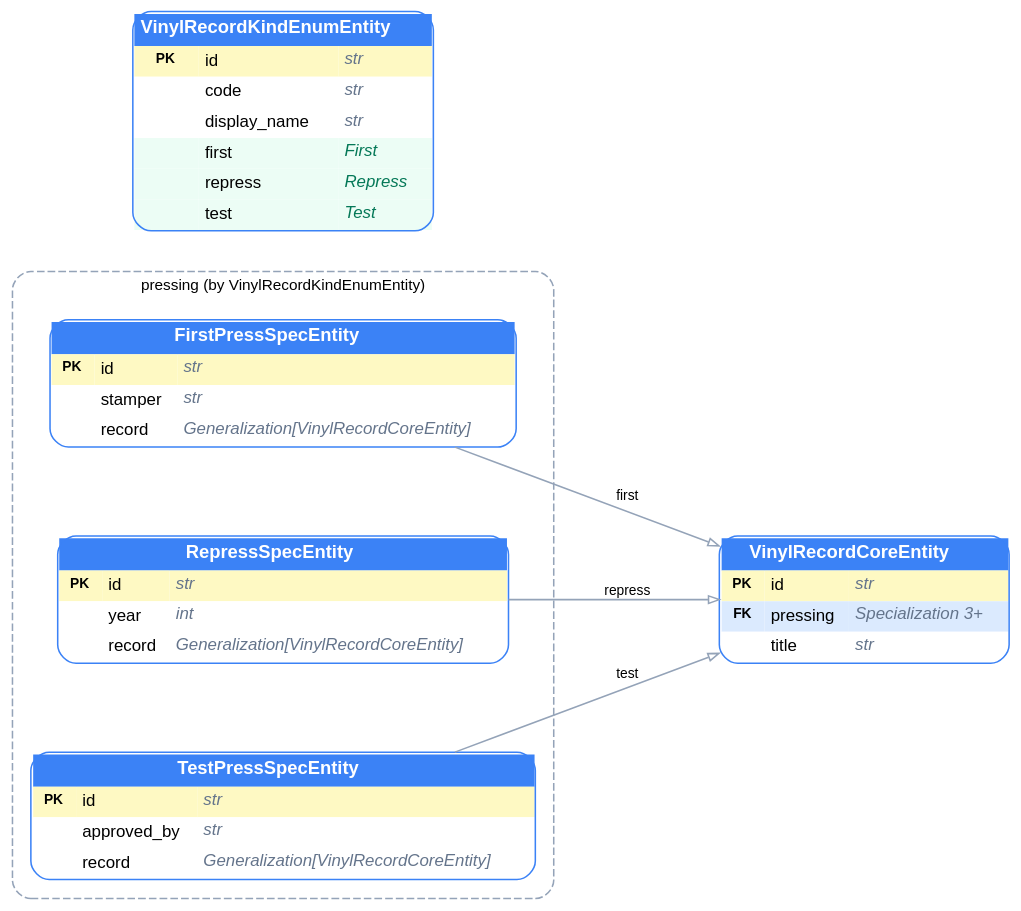
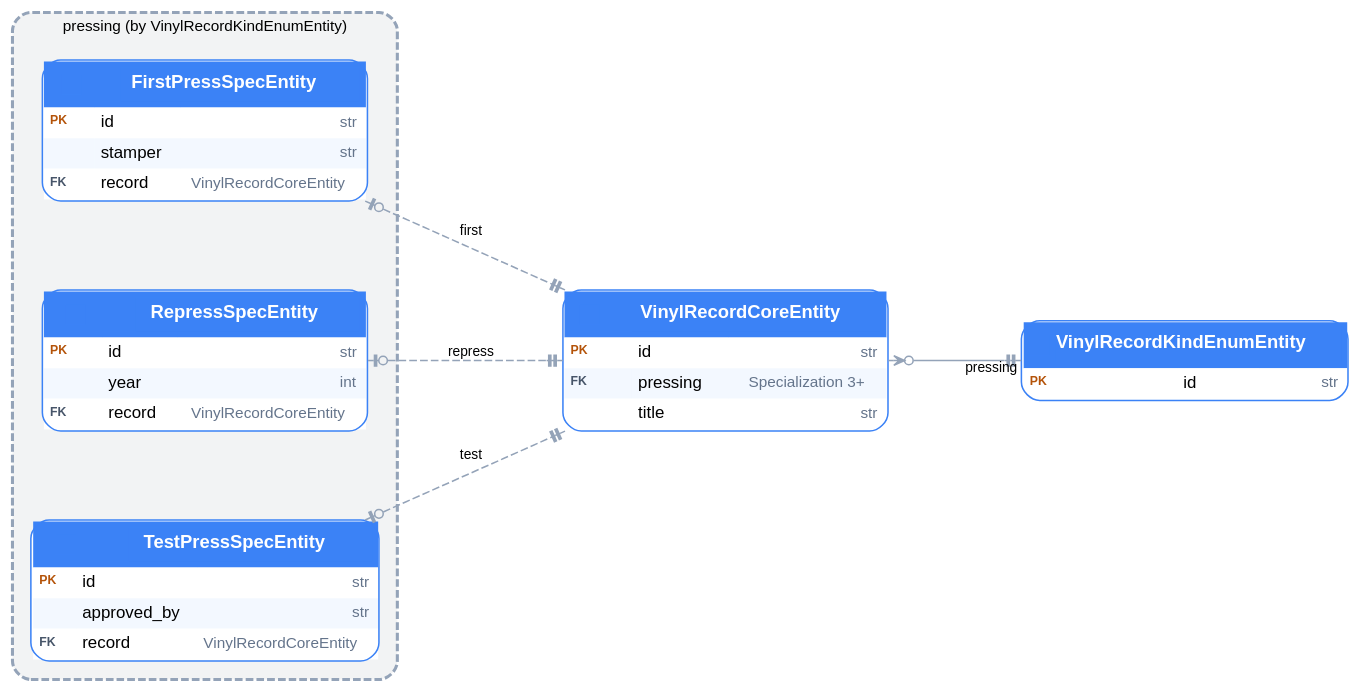
One commit to bystrovmaxim/aoa changed the diagram in examples/step_24_relations/02_specialization_erd.dot. Above: the diagram before and after it, drawn with Graphviz. The commit also changed 14 other files, not shown here.

```diff
--- a/examples/step_24_relations/02_specialization_erd.dot
+++ b/examples/step_24_relations/02_specialization_erd.dot
@@ -1,34 +1,33 @@
 digraph ERD {
   graph [rankdir=LR fontname="Helvetica" bgcolor=transparent pad="0.5" nodesep="0.8" ranksep="1.2"]
   node  [shape=none fontname="Helvetica" fontsize=11 margin="0"]
   edge  [fontname="Helvetica" fontsize=9 color="#94a3b8" arrowsize=0.7]
 
   subgraph "cluster_VinylRecordCoreEntity:pressing" {
     label="pressing (by VinylRecordKindEnumEntity)";
-    style="rounded,dashed";
+    style="rounded,dashed,filled";
+    fillcolor="#0f172a0d";
+    penwidth=2;
     color="#94a3b8";
     fontsize=10;
     margin=12;
-  "FirstPressSpecEntity" [label=<<TABLE BGCOLOR="white" BORDER="1" CELLBORDER="0" CELLSPACING="0" CELLPADDING="4" STYLE="ROUNDED" COLOR="#3b82f6"><TR><TD COLSPAN="3" BGCOLOR="#3b82f6" ALIGN="CENTER"><FONT COLOR="white" POINT-SIZE="12"><B>FirstPressSpecEntity</B></FONT></TD></TR><TR><TD BGCOLOR="#fef9c3" ALIGN="CENTER" WIDTH="28"><FONT POINT-SIZE="9"><B>PK</B></FONT></TD><TD BGCOLOR="#fef9c3" ALIGN="LEFT">id</TD><TD BGCOLOR="#fef9c3" ALIGN="LEFT"><FONT COLOR="#64748b"><I>str</I></FONT></TD></TR>
-      <TR><TD BGCOLOR="#ffffff" WIDTH="28"></TD><TD BGCOLOR="#ffffff" ALIGN="LEFT">stamper</TD><TD BGCOLOR="#ffffff" ALIGN="LEFT"><FONT COLOR="#64748b"><I>str</I></FONT></TD></TR>
-      <TR><TD BGCOLOR="#ffffff" WIDTH="28"></TD><TD BGCOLOR="#ffffff" ALIGN="LEFT">record</TD><TD BGCOLOR="#ffffff" ALIGN="LEFT"><FONT COLOR="#64748b"><I>Generalization[VinylRecordCoreEntity]</I></FONT></TD></TR></TABLE>>]
-  "RepressSpecEntity" [label=<<TABLE BGCOLOR="white" BORDER="1" CELLBORDER="0" CELLSPACING="0" CELLPADDING="4" STYLE="ROUNDED" COLOR="#3b82f6"><TR><TD COLSPAN="3" BGCOLOR="#3b82f6" ALIGN="CENTER"><FONT COLOR="white" POINT-SIZE="12"><B>RepressSpecEntity</B></FONT></TD></TR><TR><TD BGCOLOR="#fef9c3" ALIGN="CENTER" WIDTH="28"><FONT POINT-SIZE="9"><B>PK</B></FONT></TD><TD BGCOLOR="#fef9c3" ALIGN="LEFT">id</TD><TD BGCOLOR="#fef9c3" ALIGN="LEFT"><FONT COLOR="#64748b"><I>str</I></FONT></TD></TR>
-      <TR><TD BGCOLOR="#ffffff" WIDTH="28"></TD><TD BGCOLOR="#ffffff" ALIGN="LEFT">year</TD><TD BGCOLOR="#ffffff" ALIGN="LEFT"><FONT COLOR="#64748b"><I>int</I></FONT></TD></TR>
-      <TR><TD BGCOLOR="#ffffff" WIDTH="28"></TD><TD BGCOLOR="#ffffff" ALIGN="LEFT">record</TD><TD BGCOLOR="#ffffff" ALIGN="LEFT"><FONT COLOR="#64748b"><I>Generalization[VinylRecordCoreEntity]</I></FONT></TD></TR></TABLE>>]
-  "TestPressSpecEntity" [label=<<TABLE BGCOLOR="white" BORDER="1" CELLBORDER="0" CELLSPACING="0" CELLPADDING="4" STYLE="ROUNDED" COLOR="#3b82f6"><TR><TD COLSPAN="3" BGCOLOR="#3b82f6" ALIGN="CENTER"><FONT COLOR="white" POINT-SIZE="12"><B>TestPressSpecEntity</B></FONT></TD></TR><TR><TD BGCOLOR="#fef9c3" ALIGN="CENTER" WIDTH="28"><FONT POINT-SIZE="9"><B>PK</B></FONT></TD><TD BGCOLOR="#fef9c3" ALIGN="LEFT">id</TD><TD BGCOLOR="#fef9c3" ALIGN="LEFT"><FONT COLOR="#64748b"><I>str</I></FONT></TD></TR>
-      <TR><TD BGCOLOR="#ffffff" WIDTH="28"></TD><TD BGCOLOR="#ffffff" ALIGN="LEFT">approved_by</TD><TD BGCOLOR="#ffffff" ALIGN="LEFT"><FONT COLOR="#64748b"><I>str</I></FONT></TD></TR>
-      <TR><TD BGCOLOR="#ffffff" WIDTH="28"></TD><TD BGCOLOR="#ffffff" ALIGN="LEFT">record</TD><TD BGCOLOR="#ffffff" ALIGN="LEFT"><FONT COLOR="#64748b"><I>Generalization[VinylRecordCoreEntity]</I></FONT></TD></TR></TABLE>>]
+  "FirstPressSpecEntity" [label=<<TABLE BGCOLOR="white" BORDER="1" CELLBORDER="0" CELLSPACING="0" CELLPADDING="4" STYLE="ROUNDED" COLOR="#3b82f6"><TR><TD COLSPAN="3" BGCOLOR="#3b82f6" ALIGN="LEFT" WIDTH="210" HEIGHT="30" ID="hd0" TOOLTIP="FirstPressSpecEntity"><TABLE BORDER="0" CELLBORDER="0" CELLSPACING="0" CELLPADDING="0"><TR><TD ID="ks0" TOOLTIP="Spec" BGCOLOR="#3b82f6" WIDTH="13" HEIGHT="13" FIXEDSIZE="TRUE"></TD><TD WIDTH="4"></TD><TD ID="hn0" TOOLTIP="FirstPressSpecEntity" BGCOLOR="#3b82f6"><FONT COLOR="white" POINT-SIZE="12.5"><B>FirstPressSpecEntity</B></FONT></TD></TR></TABLE></TD></TR><TR><TD BGCOLOR="#ffffff" ALIGN="LEFT" WIDTH="28" HEIGHT="20"><FONT POINT-SIZE="8.5" COLOR="#b45309"><B>PK</B></FONT></TD><TD BGCOLOR="#ffffff" ALIGN="LEFT" ID="fn0_0" TOOLTIP="id">id</TD><TD BGCOLOR="#ffffff" ALIGN="RIGHT" ID="ft0_0" TOOLTIP="str"><FONT COLOR="#64748b" POINT-SIZE="10">str</FONT></TD></TR>
+      <TR><TD BGCOLOR="#3b82f60f" WIDTH="28" HEIGHT="20"></TD><TD BGCOLOR="#3b82f60f" ALIGN="LEFT" ID="fn0_1" TOOLTIP="stamper">stamper</TD><TD BGCOLOR="#3b82f60f" ALIGN="RIGHT" ID="ft0_1" TOOLTIP="str"><FONT COLOR="#64748b" POINT-SIZE="10">str</FONT></TD></TR>
+      <TR><TD BGCOLOR="#ffffff" ALIGN="LEFT" WIDTH="28" HEIGHT="20"><FONT POINT-SIZE="8.5" COLOR="#475569"><B>FK</B></FONT></TD><TD BGCOLOR="#ffffff" ALIGN="LEFT" ID="fn0_2" TOOLTIP="record">record</TD><TD BGCOLOR="#ffffff" ALIGN="RIGHT" ID="ft0_2" TOOLTIP="Generalization[VinylRecordCoreEntity]"><FONT COLOR="#64748b" POINT-SIZE="10">VinylRecordCoreEntity</FONT></TD></TR></TABLE>>]
+  "RepressSpecEntity" [label=<<TABLE BGCOLOR="white" BORDER="1" CELLBORDER="0" CELLSPACING="0" CELLPADDING="4" STYLE="ROUNDED" COLOR="#3b82f6"><TR><TD COLSPAN="3" BGCOLOR="#3b82f6" ALIGN="LEFT" WIDTH="210" HEIGHT="30" ID="hd1" TOOLTIP="RepressSpecEntity"><TABLE BORDER="0" CELLBORDER="0" CELLSPACING="0" CELLPADDING="0"><TR><TD ID="ks1" TOOLTIP="Spec" BGCOLOR="#3b82f6" WIDTH="13" HEIGHT="13" FIXEDSIZE="TRUE"></TD><TD WIDTH="4"></TD><TD ID="hn1" TOOLTIP="RepressSpecEntity" BGCOLOR="#3b82f6"><FONT COLOR="white" POINT-SIZE="12.5"><B>RepressSpecEntity</B></FONT></TD></TR></TABLE></TD></TR><TR><TD BGCOLOR="#ffffff" ALIGN="LEFT" WIDTH="28" HEIGHT="20"><FONT POINT-SIZE="8.5" COLOR="#b45309"><B>PK</B></FONT></TD><TD BGCOLOR="#ffffff" ALIGN="LEFT" ID="fn1_0" TOOLTIP="id">id</TD><TD BGCOLOR="#ffffff" ALIGN="RIGHT" ID="ft1_0" TOOLTIP="str"><FONT COLOR="#64748b" POINT-SIZE="10">str</FONT></TD></TR>
+      <TR><TD BGCOLOR="#3b82f60f" WIDTH="28" HEIGHT="20"></TD><TD BGCOLOR="#3b82f60f" ALIGN="LEFT" ID="fn1_1" TOOLTIP="year">year</TD><TD BGCOLOR="#3b82f60f" ALIGN="RIGHT" ID="ft1_1" TOOLTIP="int"><FONT COLOR="#64748b" POINT-SIZE="10">int</FONT></TD></TR>
+      <TR><TD BGCOLOR="#ffffff" ALIGN="LEFT" WIDTH="28" HEIGHT="20"><FONT POINT-SIZE="8.5" COLOR="#475569"><B>FK</B></FONT></TD><TD BGCOLOR="#ffffff" ALIGN="LEFT" ID="fn1_2" TOOLTIP="record">record</TD><TD BGCOLOR="#ffffff" ALIGN="RIGHT" ID="ft1_2" TOOLTIP="Generalization[VinylRecordCoreEntity]"><FONT COLOR="#64748b" POINT-SIZE="10">VinylRecordCoreEntity</FONT></TD></TR></TABLE>>]
+  "TestPressSpecEntity" [label=<<TABLE BGCOLOR="white" BORDER="1" CELLBORDER="0" CELLSPACING="0" CELLPADDING="4" STYLE="ROUNDED" COLOR="#3b82f6"><TR><TD COLSPAN="3" BGCOLOR="#3b82f6" ALIGN="LEFT" WIDTH="210" HEIGHT="30" ID="hd2" TOOLTIP="TestPressSpecEntity"><TABLE BORDER="0" CELLBORDER="0" CELLSPACING="0" CELLPADDING="0"><TR><TD ID="ks2" TOOLTIP="Spec" BGCOLOR="#3b82f6" WIDTH="13" HEIGHT="13" FIXEDSIZE="TRUE"></TD><TD WIDTH="4"></TD><TD ID="hn2" TOOLTIP="TestPressSpecEntity" BGCOLOR="#3b82f6"><FONT COLOR="white" POINT-SIZE="12.5"><B>TestPressSpecEntity</B></FONT></TD></TR></TABLE></TD></TR><TR><TD BGCOLOR="#ffffff" ALIGN="LEFT" WIDTH="28" HEIGHT="20"><FONT POINT-SIZE="8.5" COLOR="#b45309"><B>PK</B></FONT></TD><TD BGCOLOR="#ffffff" ALIGN="LEFT" ID="fn2_0" TOOLTIP="id">id</TD><TD BGCOLOR="#ffffff" ALIGN="RIGHT" ID="ft2_0" TOOLTIP="str"><FONT COLOR="#64748b" POINT-SIZE="10">str</FONT></TD></TR>
+      <TR><TD BGCOLOR="#3b82f60f" WIDTH="28" HEIGHT="20"></TD><TD BGCOLOR="#3b82f60f" ALIGN="LEFT" ID="fn2_1" TOOLTIP="approved_by">approved_by</TD><TD BGCOLOR="#3b82f60f" ALIGN="RIGHT" ID="ft2_1" TOOLTIP="str"><FONT COLOR="#64748b" POINT-SIZE="10">str</FONT></TD></TR>
+      <TR><TD BGCOLOR="#ffffff" ALIGN="LEFT" WIDTH="28" HEIGHT="20"><FONT POINT-SIZE="8.5" COLOR="#475569"><B>FK</B></FONT></TD><TD BGCOLOR="#ffffff" ALIGN="LEFT" ID="fn2_2" TOOLTIP="record">record</TD><TD BGCOLOR="#ffffff" ALIGN="RIGHT" ID="ft2_2" TOOLTIP="Generalization[VinylRecordCoreEntity]"><FONT COLOR="#64748b" POINT-SIZE="10">VinylRecordCoreEntity</FONT></TD></TR></TABLE>>]
   }
-  "VinylRecordCoreEntity" [label=<<TABLE BGCOLOR="white" BORDER="1" CELLBORDER="0" CELLSPACING="0" CELLPADDING="4" STYLE="ROUNDED" COLOR="#3b82f6"><TR><TD COLSPAN="3" BGCOLOR="#3b82f6" ALIGN="CENTER"><FONT COLOR="white" POINT-SIZE="12"><B>VinylRecordCoreEntity</B></FONT></TD></TR><TR><TD BGCOLOR="#fef9c3" ALIGN="CENTER" WIDTH="28"><FONT POINT-SIZE="9"><B>PK</B></FONT></TD><TD BGCOLOR="#fef9c3" ALIGN="LEFT">id</TD><TD BGCOLOR="#fef9c3" ALIGN="LEFT"><FONT COLOR="#64748b"><I>str</I></FONT></TD></TR>
-      <TR><TD BGCOLOR="#dbeafe" ALIGN="CENTER" WIDTH="28"><FONT POINT-SIZE="9"><B>FK</B></FONT></TD><TD BGCOLOR="#dbeafe" ALIGN="LEFT">pressing</TD><TD BGCOLOR="#dbeafe" ALIGN="LEFT" TOOLTIP="first → FirstPressSpecEntity&#10;repress → RepressSpecEntity&#10;test → TestPressSpecEntity"><FONT COLOR="#64748b"><I>Specialization 3+</I></FONT></TD></TR>
-      <TR><TD BGCOLOR="#ffffff" WIDTH="28"></TD><TD BGCOLOR="#ffffff" ALIGN="LEFT">title</TD><TD BGCOLOR="#ffffff" ALIGN="LEFT"><FONT COLOR="#64748b"><I>str</I></FONT></TD></TR></TABLE>>]
-  "VinylRecordKindEnumEntity" [label=<<TABLE BGCOLOR="white" BORDER="1" CELLBORDER="0" CELLSPACING="0" CELLPADDING="4" STYLE="ROUNDED" COLOR="#3b82f6"><TR><TD COLSPAN="3" BGCOLOR="#3b82f6" ALIGN="CENTER"><FONT COLOR="white" POINT-SIZE="12"><B>VinylRecordKindEnumEntity</B></FONT></TD></TR><TR><TD BGCOLOR="#fef9c3" ALIGN="CENTER" WIDTH="28"><FONT POINT-SIZE="9"><B>PK</B></FONT></TD><TD BGCOLOR="#fef9c3" ALIGN="LEFT">id</TD><TD BGCOLOR="#fef9c3" ALIGN="LEFT"><FONT COLOR="#64748b"><I>str</I></FONT></TD></TR>
-      <TR><TD BGCOLOR="#ffffff" WIDTH="28"></TD><TD BGCOLOR="#ffffff" ALIGN="LEFT">code</TD><TD BGCOLOR="#ffffff" ALIGN="LEFT"><FONT COLOR="#64748b"><I>str</I></FONT></TD></TR>
-      <TR><TD BGCOLOR="#ffffff" WIDTH="28"></TD><TD BGCOLOR="#ffffff" ALIGN="LEFT">display_name</TD><TD BGCOLOR="#ffffff" ALIGN="LEFT"><FONT COLOR="#64748b"><I>str</I></FONT></TD></TR><TR><TD BGCOLOR="#ecfdf5" WIDTH="28"></TD><TD BGCOLOR="#ecfdf5" ALIGN="LEFT">first</TD><TD BGCOLOR="#ecfdf5" ALIGN="LEFT"><FONT COLOR="#047857"><I>First</I></FONT></TD></TR>
-      <TR><TD BGCOLOR="#ecfdf5" WIDTH="28"></TD><TD BGCOLOR="#ecfdf5" ALIGN="LEFT">repress</TD><TD BGCOLOR="#ecfdf5" ALIGN="LEFT"><FONT COLOR="#047857"><I>Repress</I></FONT></TD></TR>
-      <TR><TD BGCOLOR="#ecfdf5" WIDTH="28"></TD><TD BGCOLOR="#ecfdf5" ALIGN="LEFT">test</TD><TD BGCOLOR="#ecfdf5" ALIGN="LEFT"><FONT COLOR="#047857"><I>Test</I></FONT></TD></TR></TABLE>>]
+  "VinylRecordCoreEntity" [label=<<TABLE BGCOLOR="white" BORDER="1" CELLBORDER="0" CELLSPACING="0" CELLPADDING="4" STYLE="ROUNDED" COLOR="#3b82f6"><TR><TD COLSPAN="3" BGCOLOR="#3b82f6" ALIGN="LEFT" WIDTH="210" HEIGHT="30" ID="hd3" TOOLTIP="VinylRecordCoreEntity"><TABLE BORDER="0" CELLBORDER="0" CELLSPACING="0" CELLPADDING="0"><TR><TD ID="ks3" TOOLTIP="Core" BGCOLOR="#3b82f6" WIDTH="13" HEIGHT="13" FIXEDSIZE="TRUE"></TD><TD WIDTH="4"></TD><TD ID="hn3" TOOLTIP="VinylRecordCoreEntity" BGCOLOR="#3b82f6"><FONT COLOR="white" POINT-SIZE="12.5"><B>VinylRecordCoreEntity</B></FONT></TD></TR></TABLE></TD></TR><TR><TD BGCOLOR="#ffffff" ALIGN="LEFT" WIDTH="28" HEIGHT="20"><FONT POINT-SIZE="8.5" COLOR="#b45309"><B>PK</B></FONT></TD><TD BGCOLOR="#ffffff" ALIGN="LEFT" ID="fn3_0" TOOLTIP="id">id</TD><TD BGCOLOR="#ffffff" ALIGN="RIGHT" ID="ft3_0" TOOLTIP="str"><FONT COLOR="#64748b" POINT-SIZE="10">str</FONT></TD></TR>
+      <TR><TD BGCOLOR="#3b82f60f" ALIGN="LEFT" WIDTH="28" HEIGHT="20"><FONT POINT-SIZE="8.5" COLOR="#475569"><B>FK</B></FONT></TD><TD BGCOLOR="#3b82f60f" ALIGN="LEFT" ID="fn3_1" TOOLTIP="pressing">pressing</TD><TD BGCOLOR="#3b82f60f" ALIGN="RIGHT" ID="ft3_1" TOOLTIP="first → FirstPressSpecEntity&#10;repress → RepressSpecEntity&#10;test → TestPressSpecEntity"><FONT COLOR="#64748b" POINT-SIZE="10">Specialization 3+</FONT></TD></TR>
+      <TR><TD BGCOLOR="#ffffff" WIDTH="28" HEIGHT="20"></TD><TD BGCOLOR="#ffffff" ALIGN="LEFT" ID="fn3_2" TOOLTIP="title">title</TD><TD BGCOLOR="#ffffff" ALIGN="RIGHT" ID="ft3_2" TOOLTIP="str"><FONT COLOR="#64748b" POINT-SIZE="10">str</FONT></TD></TR></TABLE>>]
+  "VinylRecordKindEnumEntity" [label=<<TABLE BGCOLOR="white" BORDER="1" CELLBORDER="0" CELLSPACING="0" CELLPADDING="4" STYLE="ROUNDED" COLOR="#3b82f6"><TR><TD COLSPAN="3" BGCOLOR="#3b82f6" ALIGN="LEFT" WIDTH="210" HEIGHT="30" ID="hd4" TOOLTIP="VinylRecordKindEnumEntity"><TABLE BORDER="0" CELLBORDER="0" CELLSPACING="0" CELLPADDING="0"><TR><TD ID="ks4" TOOLTIP="Enum" BGCOLOR="#3b82f6" WIDTH="13" HEIGHT="13" FIXEDSIZE="TRUE"></TD><TD WIDTH="4"></TD><TD ID="hn4" TOOLTIP="VinylRecordKindEnumEntity" BGCOLOR="#3b82f6"><FONT COLOR="white" POINT-SIZE="12.5"><B>VinylRecordKindEnumEntity</B></FONT></TD></TR></TABLE></TD></TR><TR><TD BGCOLOR="#ffffff" ALIGN="LEFT" WIDTH="28" HEIGHT="20"><FONT POINT-SIZE="8.5" COLOR="#b45309"><B>PK</B></FONT></TD><TD BGCOLOR="#ffffff" ALIGN="LEFT" ID="fn4_0" TOOLTIP="id">id</TD><TD BGCOLOR="#ffffff" ALIGN="RIGHT" ID="ft4_0" TOOLTIP="str"><FONT COLOR="#64748b" POINT-SIZE="10">str</FONT></TD></TR></TABLE>>]
 
-  "FirstPressSpecEntity" -> "VinylRecordCoreEntity" [label="first" fontsize=9 arrowhead=empty]
-  "RepressSpecEntity" -> "VinylRecordCoreEntity" [label="repress" fontsize=9 arrowhead=empty]
-  "TestPressSpecEntity" -> "VinylRecordCoreEntity" [label="test" fontsize=9 arrowhead=empty]
+  "VinylRecordCoreEntity" -> "VinylRecordKindEnumEntity" [id="re0" dir=both arrowtail=nonecrowodot arrowhead=noneteetee headlabel="pressing" labelfontsize=9]
+  "FirstPressSpecEntity" -> "VinylRecordCoreEntity" [id="re2" label="first" fontsize=9 style=dashed dir=both arrowtail=noneteeodot arrowhead=noneteetee]
+  "RepressSpecEntity" -> "VinylRecordCoreEntity" [id="re3" label="repress" fontsize=9 style=dashed dir=both arrowtail=noneteeodot arrowhead=noneteetee]
+  "TestPressSpecEntity" -> "VinylRecordCoreEntity" [id="re4" label="test" fontsize=9 style=dashed dir=both arrowtail=noneteeodot arrowhead=noneteetee]
 }
```
